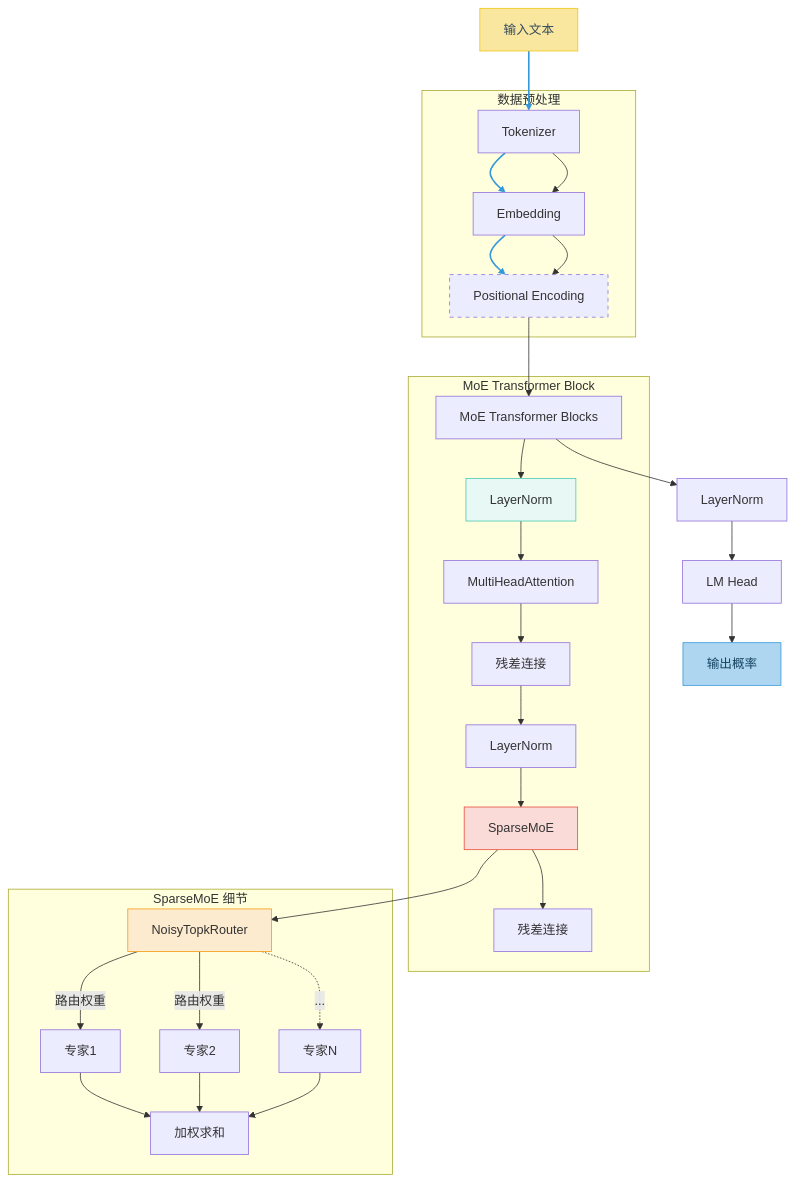
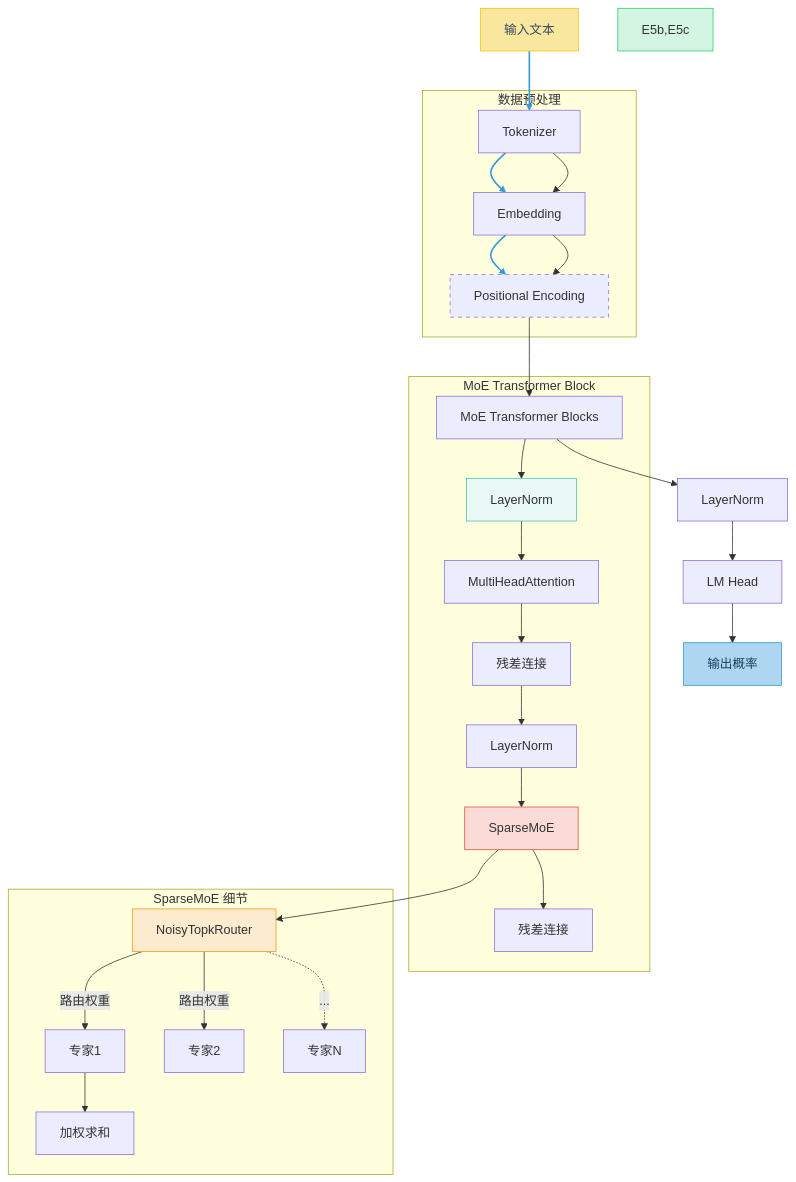
The diagram in all/未命名-2.md (runningto/iodraw-files), drawn with Mermaid before and after one commit.

Commit message:
2025-03-29 16:44:02 update

````diff
--- a/all/未命名-2.md
+++ b/all/未命名-2.md
@@ -1,46 +1,45 @@
 ```mermaid
 graph TD
     A[输入文本] --> B[Tokenizer]
     B --> C[Embedding]
     C --> D[Positional Encoding]
     D --> E[MoE Transformer Blocks]
     E --> F[LayerNorm]
     F --> G[LM Head]
     G --> H[输出概率]
 
     style A fill:#F9E79F,stroke:#F1C40F,color:#34495E
     style H fill:#AED6F1,stroke:#3498DB,color:#154360
 
     subgraph "数据预处理"
         B --> C
         C --> D
         style D stroke-dasharray: 5 5
     end
 
     subgraph "MoE Transformer Block"
         E --> E1[LayerNorm]
         E1 --> E2[MultiHeadAttention]
         E2 --> E3[残差连接]
         E3 --> E4[LayerNorm]
         E4 --> E5[SparseMoE]
         E5 --> E6[残差连接]
         style E1 fill:#E8F8F5,stroke:#48C9B0
         style E5 fill:#FADBD8,stroke:#E74C3C
     end
 
     subgraph "SparseMoE 细节"
         E5 --> E5a[NoisyTopkRouter]
         E5a -->|路由权重| E5b[专家1]
         E5a -->|路由权重| E5c[专家2]
         E5a -.->|...| E5d[专家N]
         E5b --> E5e[加权求和]
-        E5c --> E5e
-        E5d --> E5e
+
         style E5a fill:#FDEBD0,stroke:#F39C12
-
+        style E5b,E5c fill:#D5F5E3,stroke:#2ECC71
         linkStyle 0,1,2 stroke:#3498DB,stroke-width:2px
     end
 
     click E2 "https://pytorch.org/docs/stable/nn.html#multiheadattention" "PyTorch文档"
     click E5 "javascript:alert('专家数:8\\nTop-K:2')" "MoE参数"
 ```
````
